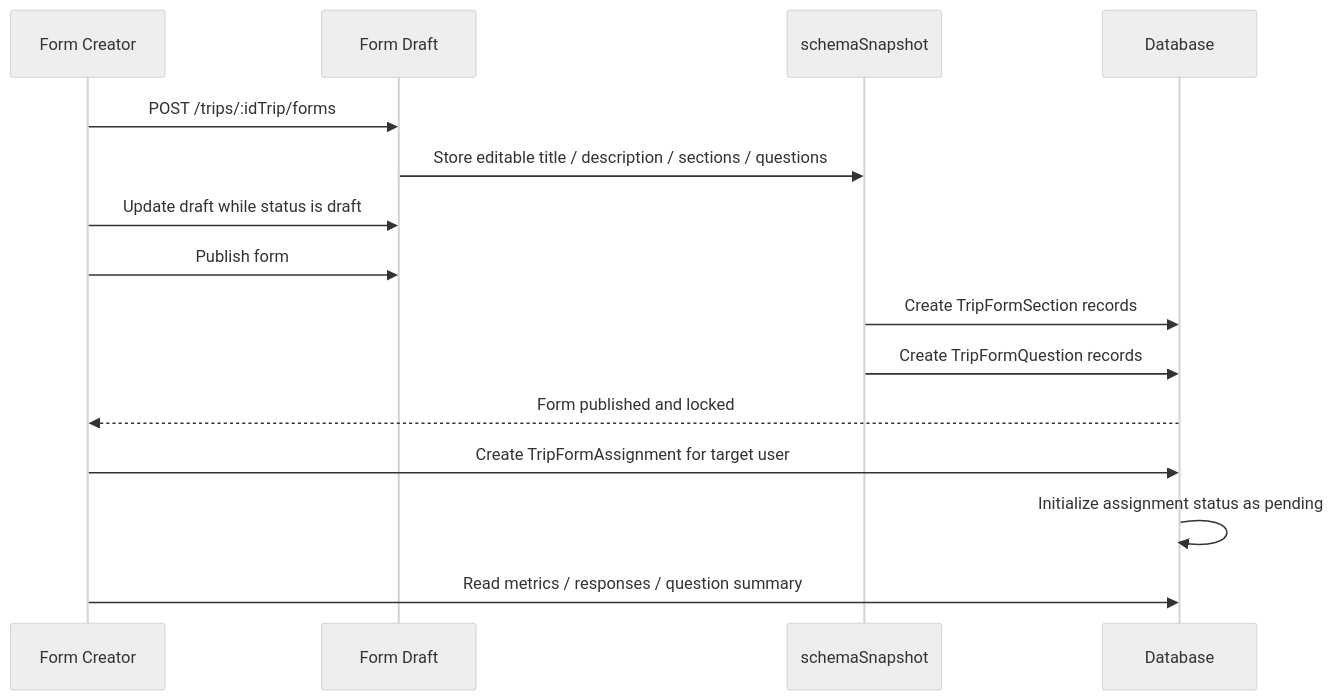
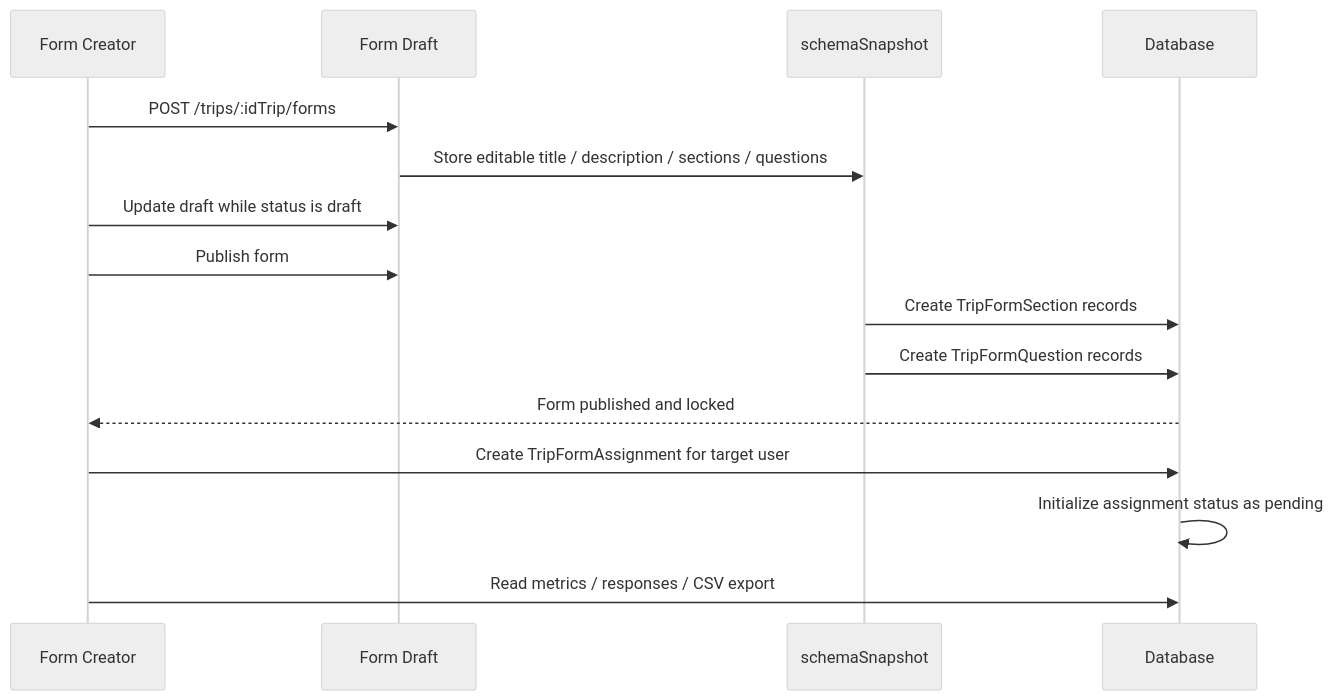
The first of 2 diagrams in docs/form.md (Gzerox/ack-nestjs-boilerplate), drawn with Mermaid (neutral theme) before and after one commit. The commit also changed other lines of this file and 8 other files, not shown here.

````diff
--- a/docs/form.md
+++ b/docs/form.md
@@ -276,18 +281,18 @@
 ```mermaid
 sequenceDiagram
     participant Creator as Form Creator
     participant Form as Form Draft
     participant Snapshot as schemaSnapshot
     participant Database
 
     Creator->>Form: POST /trips/:idTrip/forms
     Form->>Snapshot: Store editable title / description / sections / questions
     Creator->>Form: Update draft while status is draft
     Creator->>Form: Publish form
     Snapshot->>Database: Create TripFormSection records
     Snapshot->>Database: Create TripFormQuestion records
     Database-->>Creator: Form published and locked
     Creator->>Database: Create TripFormAssignment for target user
     Database->>Database: Initialize assignment status as pending
-    Creator->>Database: Read metrics / responses / question summary
+    Creator->>Database: Read metrics / responses / CSV export
 ```
````
